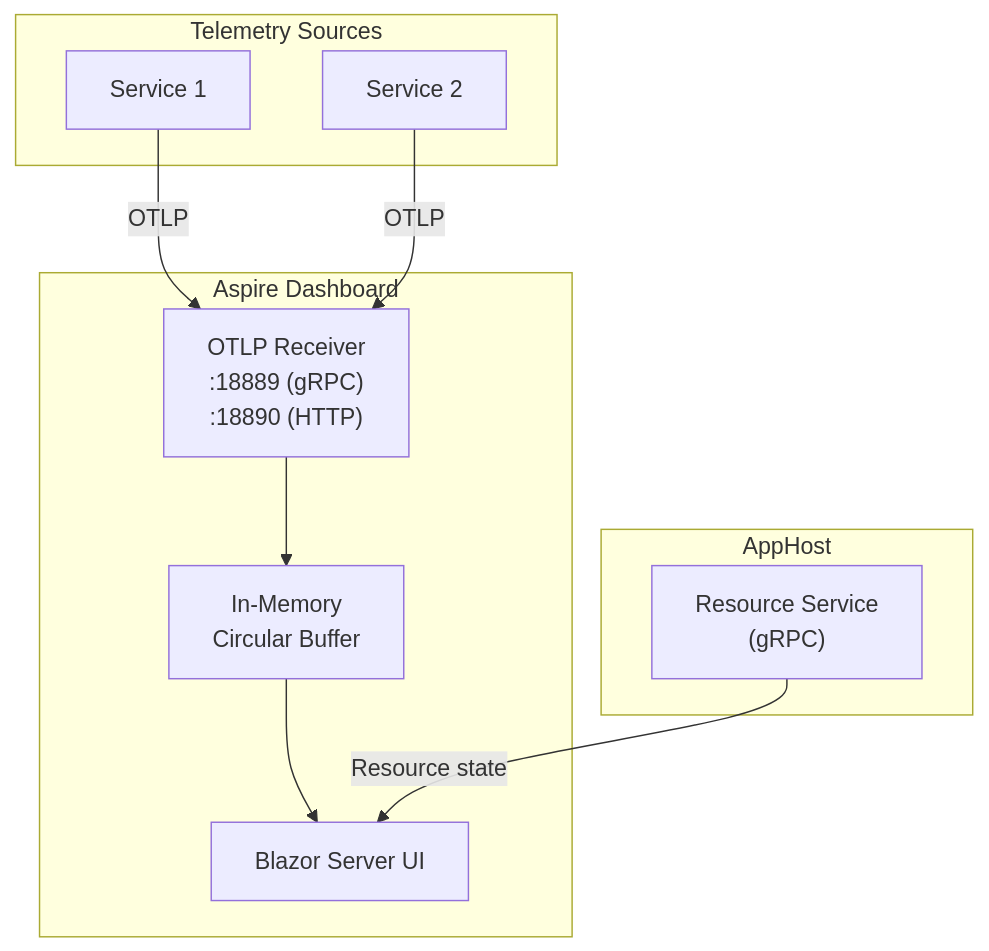
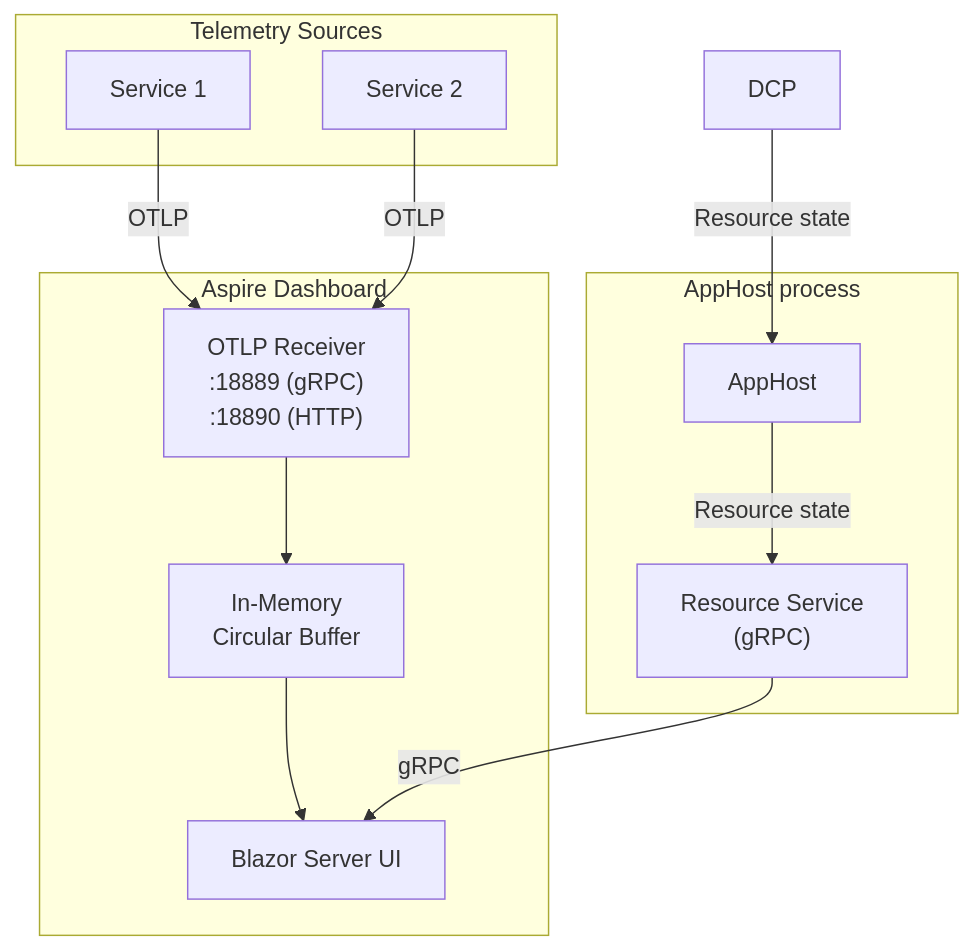
Before and after one commit to yoichiozaki/yoichiozaki.github.io: diagram 11 of 18 in content/blog/en/dotnet-aspire.mdx, drawn with Mermaid. The commit also changed other lines of this file and 220 other files, not shown here.

````diff
--- a/content/blog/en/dotnet-aspire.mdx
+++ b/content/blog/en/dotnet-aspire.mdx
@@ -694,23 +694,28 @@
 ```mermaid
 graph TD
     subgraph Dashboard["Aspire Dashboard"]
         UI["Blazor Server UI"]
         OTLPReceiver["OTLP Receiver<br/>:18889 (gRPC)<br/>:18890 (HTTP)"]
         Storage["In-Memory<br/>Circular Buffer"]
     end
 
     subgraph Sources["Telemetry Sources"]
         App1["Service 1"]
         App2["Service 2"]
     end
 
-    subgraph AppHostProc["AppHost"]
+    subgraph AppHostProc["AppHost process"]
+        AppHost["AppHost"]
         ResourceServer["Resource Service<br/>(gRPC)"]
     end
 
+    DCP["DCP"]
+
     App1 -->|OTLP| OTLPReceiver
     App2 -->|OTLP| OTLPReceiver
+    DCP -->|Resource state| AppHost
+    AppHost -->|Resource state| ResourceServer
     OTLPReceiver --> Storage
     Storage --> UI
-    ResourceServer -->|Resource state| UI
+    ResourceServer -->|gRPC| UI
 ```
````
